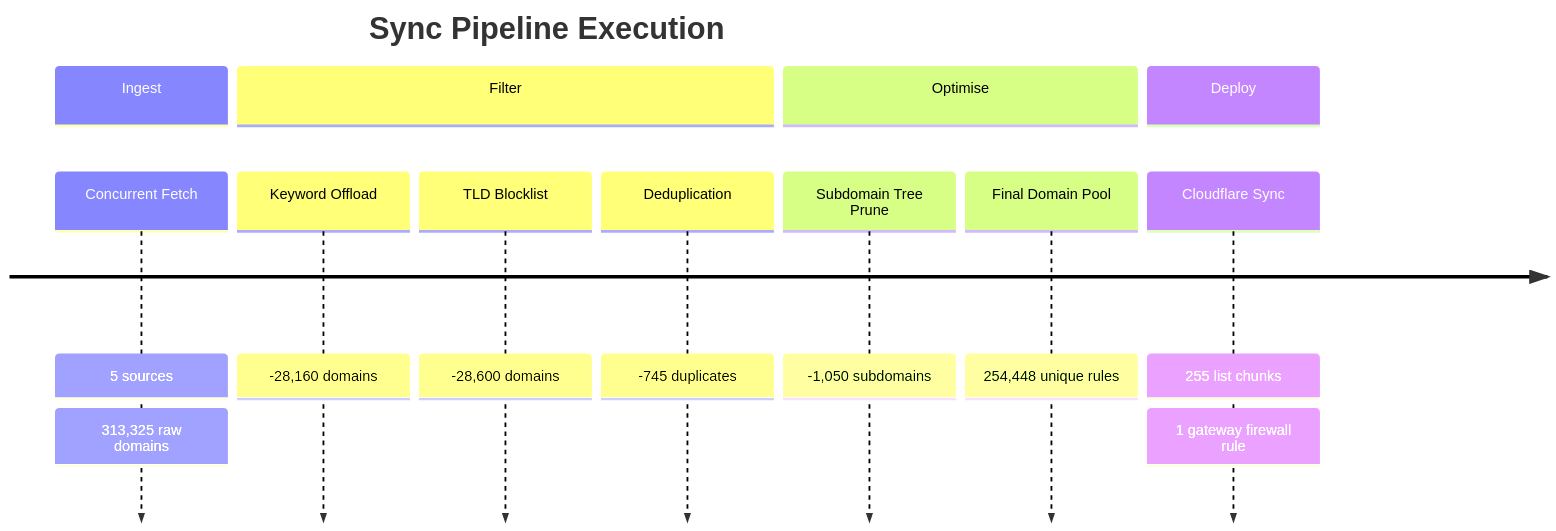
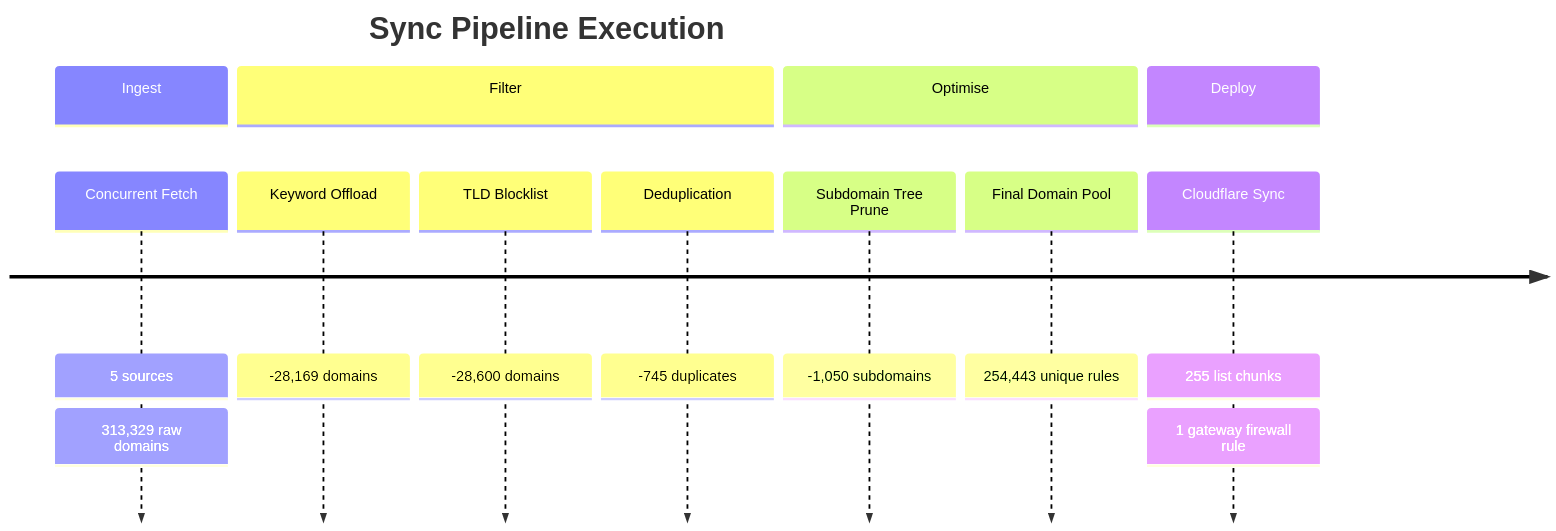
Before and after one commit to brojangles24/Cloudflare-ZeroTrust-AdBlock: the second of 6 diagrams in README_STATS.md, drawn with Mermaid. The commit also changed other lines of this file and 1 other file, not shown here.

````diff
--- a/README_STATS.md
+++ b/README_STATS.md
@@ -54,17 +54,17 @@
 ```mermaid
 timeline
     title Sync Pipeline Execution
     section Ingest
         Concurrent Fetch   : 5 sources
-                           : 313,325 raw domains
+                           : 313,329 raw domains
     section Filter
-        Keyword Offload    : -28,160 domains
+        Keyword Offload    : -28,169 domains
         TLD Blocklist      : -28,600 domains
         Deduplication      : -745 duplicates
     section Optimise
         Subdomain Tree Prune : -1,050 subdomains
-        Final Domain Pool    : 254,448 unique rules
+        Final Domain Pool    : 254,443 unique rules
     section Deploy
         Cloudflare Sync    : 255 list chunks
                            : 1 gateway firewall rule
 ```
````
